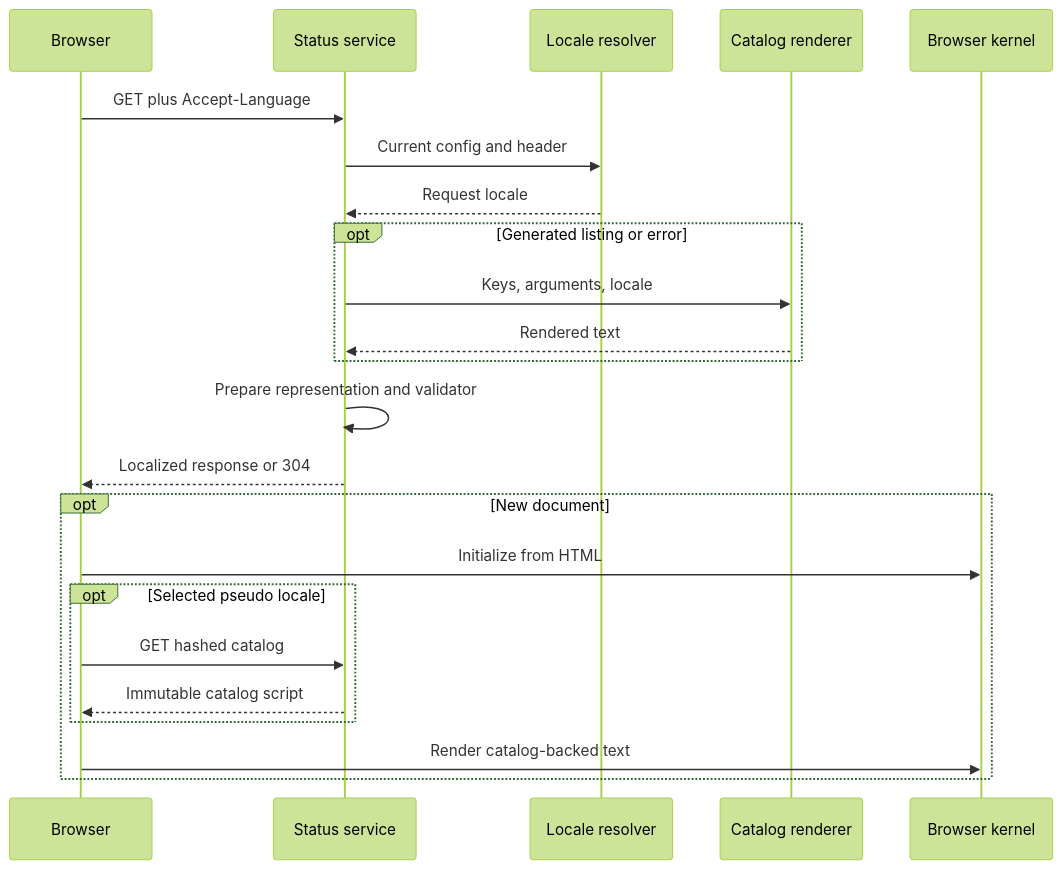
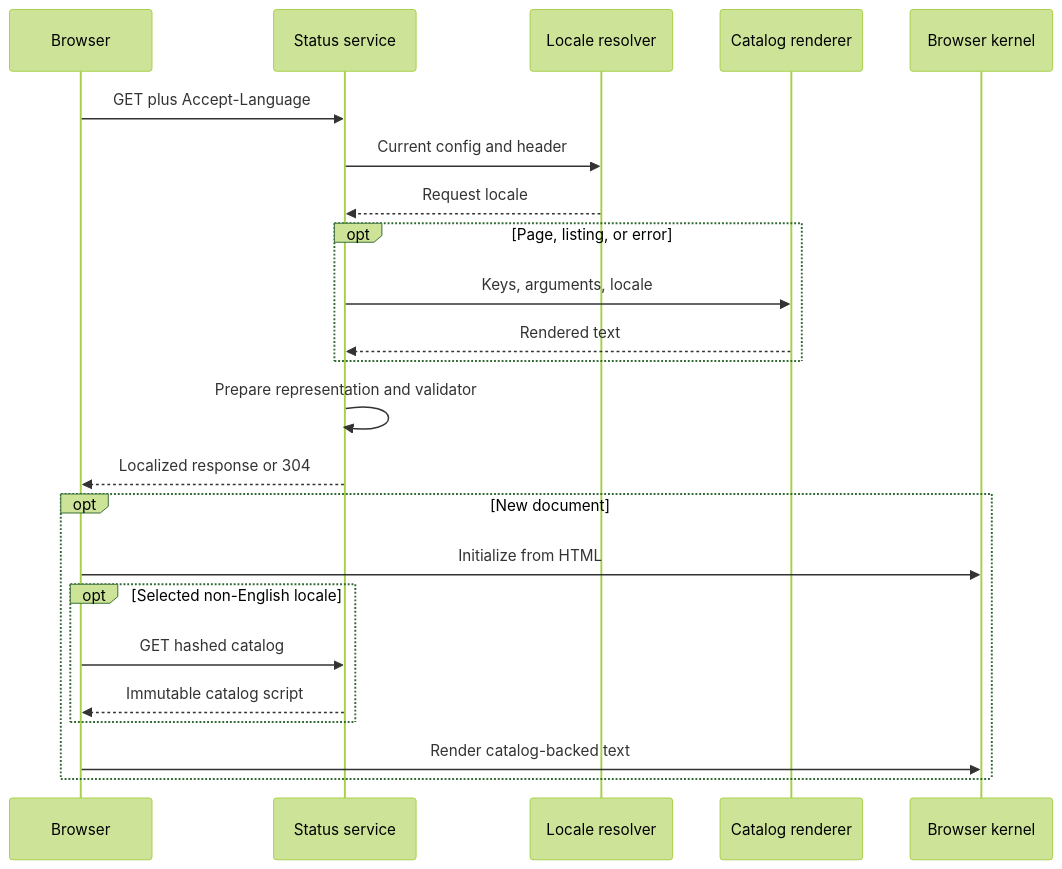
One commit to alissonsol/yuruna changed the third of 5 diagrams in docs/design/07-globalization.md. Above: the diagram before and after it, drawn with Mermaid (forest theme). The commit also changed other lines of this file and 930 other files, not shown here.

````diff
--- a/docs/design/07-globalization.md
+++ b/docs/design/07-globalization.md
@@ -68,25 +68,25 @@
 ```mermaid
 sequenceDiagram
     participant browser as Browser
     participant start-status-service-ps1 as Status service
     participant test-locale-psm1 as Locale resolver
     participant test-catalog-psm1 as Catalog renderer
     participant yuruna-i18n-js as Browser kernel
     browser->>start-status-service-ps1: GET plus Accept-Language
     start-status-service-ps1->>test-locale-psm1: Current config and header
     test-locale-psm1-->>start-status-service-ps1: Request locale
-    opt Generated listing or error
+    opt Page, listing, or error
         start-status-service-ps1->>test-catalog-psm1: Keys, arguments, locale
         test-catalog-psm1-->>start-status-service-ps1: Rendered text
     end
     start-status-service-ps1->>start-status-service-ps1: Prepare representation and validator
     start-status-service-ps1-->>browser: Localized response or 304
     opt New document
         browser->>yuruna-i18n-js: Initialize from HTML
-        opt Selected pseudo locale
+        opt Selected non-English locale
             browser->>start-status-service-ps1: GET hashed catalog
             start-status-service-ps1-->>browser: Immutable catalog script
         end
         browser->>yuruna-i18n-js: Render catalog-backed text
     end
 ```
````
